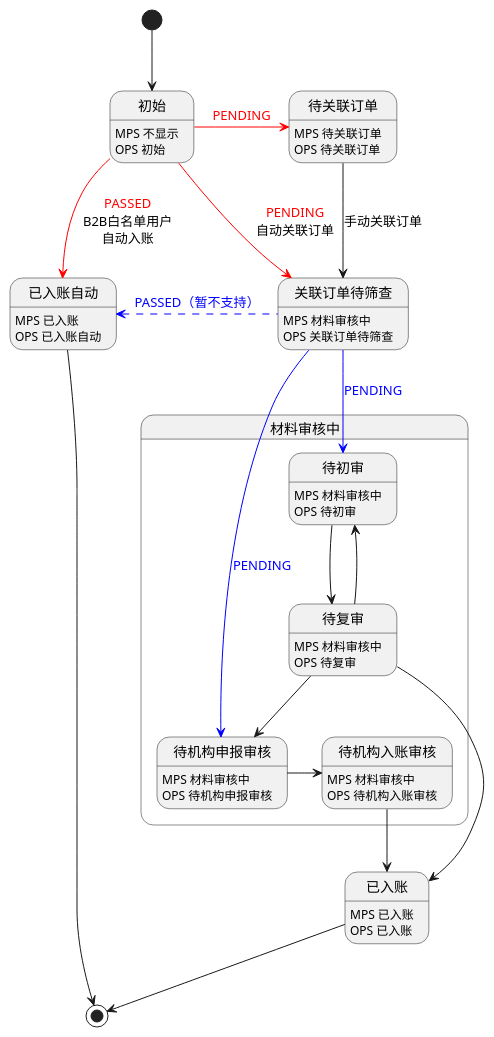
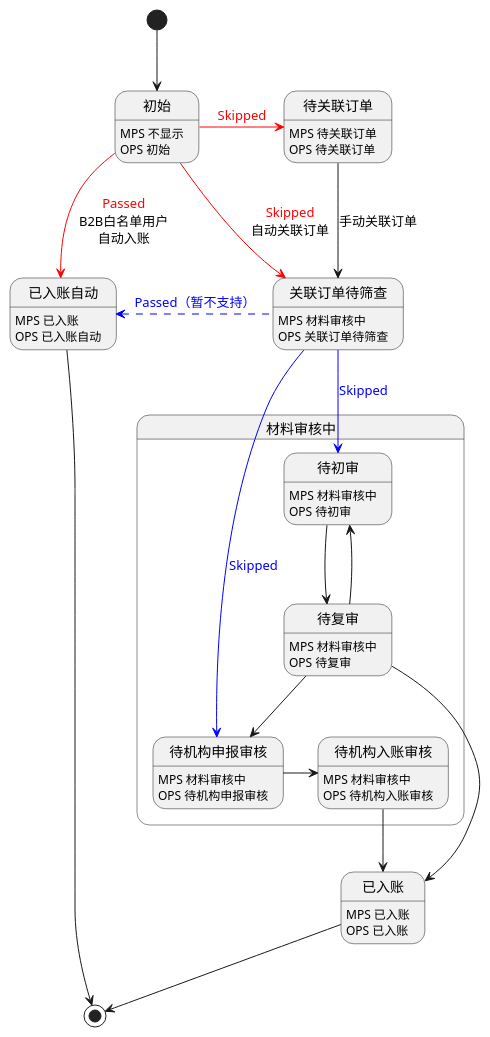
Before and after one commit to liucong920914/PEIKA: the diagram in puml/收款流程状态机.puml, drawn with PlantUML. The commit also changed 14 other files, not shown here.

```diff
--- a/puml/收款流程状态机.puml
+++ b/puml/收款流程状态机.puml
@@ -1,64 +1,63 @@
 @startuml COLLECTION
 
 [*] --> 初始
 
-初始 -[#Red]-> 已入账自动 : <font color=red>PASSED\nB2B白名单用户\n自动入账
+初始 -[#Red]-> 已入账自动 : <font color=red>Passed\nB2B白名单用户\n自动入账
 
-初始 -right[#Red]-> 待关联订单: <font color=red>PENDING
+初始 -right[#Red]-> 待关联订单: <font color=red>Skipped
 
-初始 -[#Red]-> 关联订单待筛查 : <font color=red>PENDING\n自动关联订单
+初始 -[#Red]-> 关联订单待筛查 : <font color=red>Skipped\n自动关联订单
 
 待关联订单 --> 关联订单待筛查 : 手动关联订单
 
 state 材料审核中 {
-    关联订单待筛查 -[#Blue]-> 待初审 : <font color=Blue>PENDING
+    关联订单待筛查 -[#Blue]-> 待初审 : <font color=Blue>Skipped
     待初审 -down-> 待复审
     待复审 -up-> 待初审
     ' 待复审 --> 审核未通过
     ' 审核未通过 --> 待初审 : 补充交易材料
     待复审 --> 待机构申报审核
     待机构申报审核 -right-> 待机构入账审核
 }
 
 待复审 --> 已入账
 
 待机构入账审核 --> 已入账
 
-关联订单待筛查 -[dashed,#Blue]left-> 已入账自动 : <font color=Blue>PASSED（暂不支持）
+关联订单待筛查 -[dashed,#Blue]left-> 已入账自动 : <font color=Blue>Passed（暂不支持）
 
-关联订单待筛查 -[#Blue]right-> 待机构申报审核 : <font color=Blue>PENDING
+关联订单待筛查 -[#Blue]right-> 待机构申报审核 : <font color=Blue>Skipped
 
 已入账自动 --> [*]
 
 已入账 --> [*]
 
 ' 显示状态
 初始 : MPS 不显示
 初始 : OPS 初始
 
 待关联订单 : MPS 待关联订单
 待关联订单 : OPS 待关联订单
 
 关联订单待筛查 : MPS 材料审核中
 关联订单待筛查 : OPS 关联订单待筛查 
 
 待初审 : MPS 材料审核中
 待初审 : OPS 待初审
 
 待复审 : MPS 材料审核中
 待复审 : OPS 待复审
 
 待机构申报审核 : MPS 材料审核中
 待机构申报审核 : OPS 待机构申报审核
 
 待机构入账审核 : MPS 材料审核中
 待机构入账审核 : OPS 待机构入账审核
 
-
 已入账 : MPS 已入账
 已入账 : OPS 已入账
 
 已入账自动 : MPS 已入账
 已入账自动 : OPS 已入账自动
 
 @enduml
```
